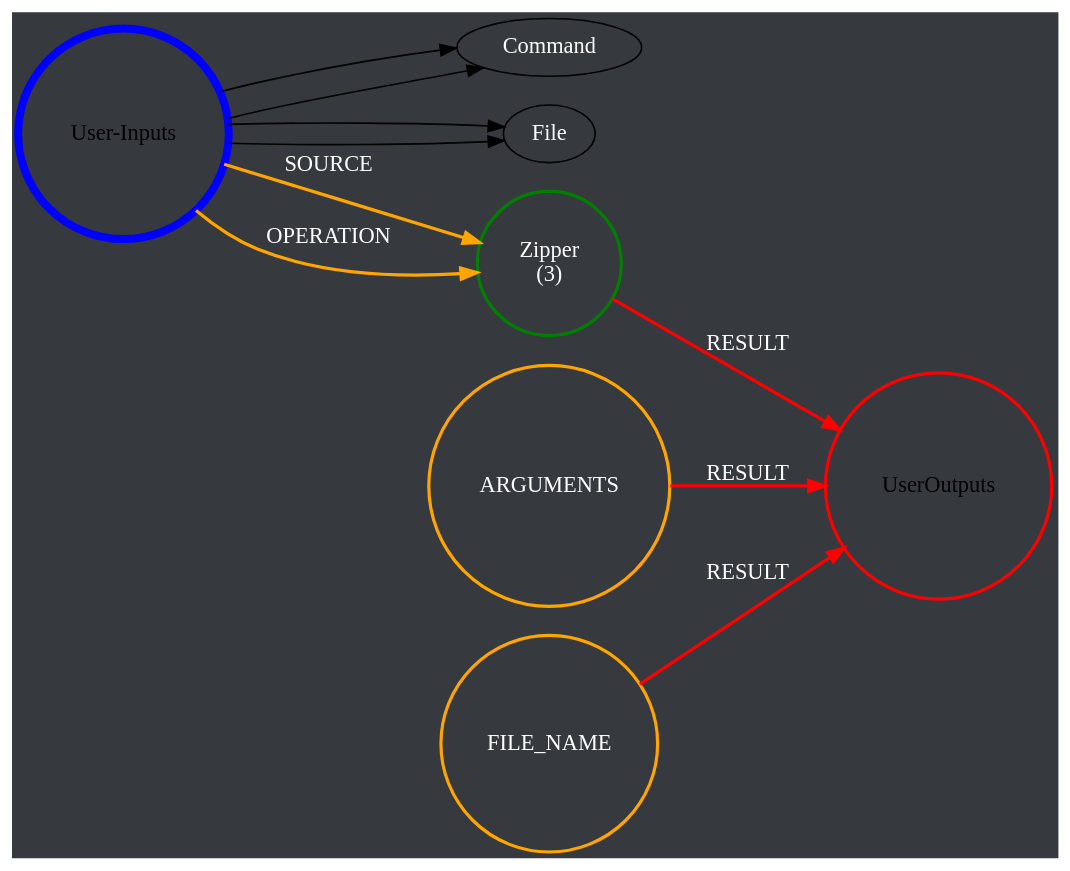
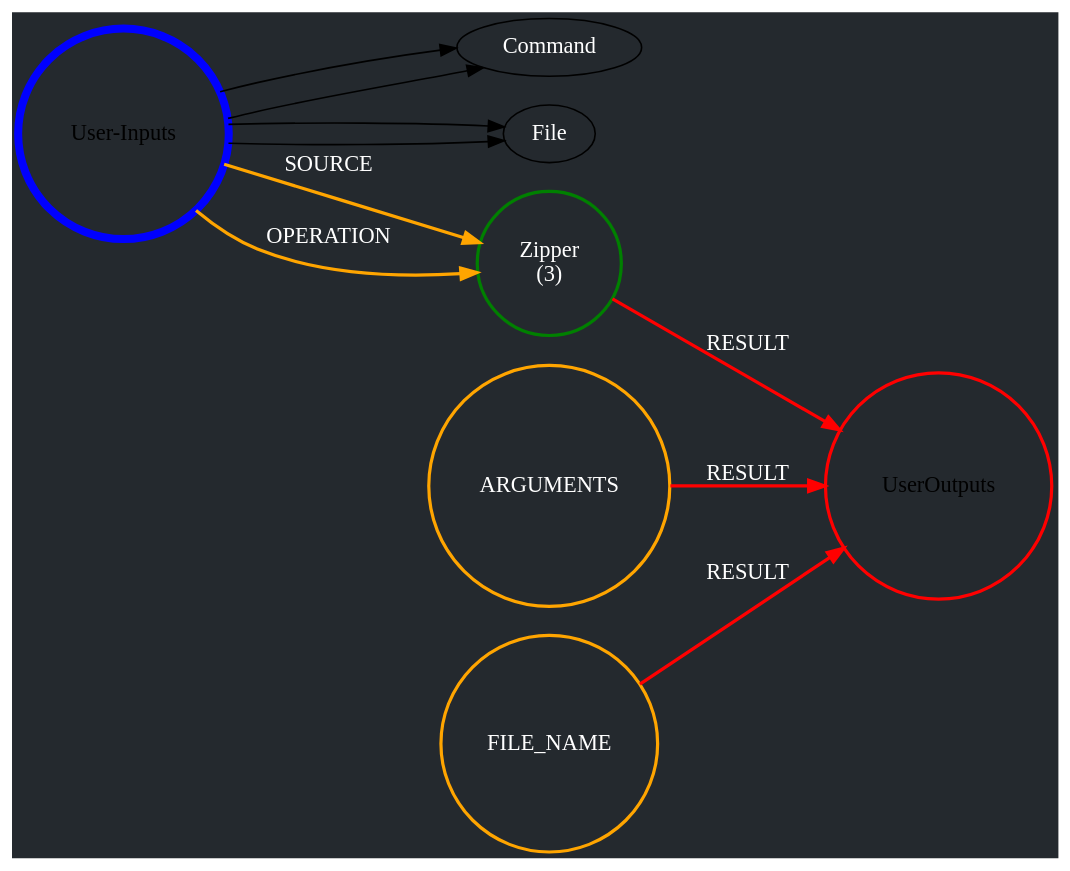
The diagram in appContent/flow.dot (Asaf-prog/stepper), drawn with Graphviz before and after one commit. The commit also changed 72 other files, not shown here.

```diff
--- a/appContent/flow.dot
+++ b/appContent/flow.dot
@@ -1,22 +1,22 @@
 digraph FlowDiagram {
   rankdir=LR;
   size="400,400";
-   bgcolor="#36393e";
+   bgcolor="#24292e";
   user_inputs [label="User-Inputs", shape=circle, color=blue, penwidth=5 ];
   user_outputs [label="User-Outputs", shape=circle, color=red, penwidth=5 ];
   node [fontcolor=white];
   edge [fontcolor=white];
   Command Line [label="Command Line\n(1)", shape=circle, color=green, penwidth=2 ];
   File Dumper [label="File Dumper\n(2)", shape=circle, color=green, penwidth=2 ];
   Zipper [label="Zipper\n(3)", shape=circle, color=green, penwidth=2 ];
   user_inputs -> Command Line [label="COMMAND", color=orange, penwidth=2 ];
   user_inputs -> Command Line [label="ARGUMENTS", color=orange, penwidth=2 ];
   Command Line -> user_outputs [label="RESULT", color=red, penwidth=2 ];
   user_inputs -> File Dumper [label="CONTENT", color=orange, penwidth=2 ];
   user_inputs -> File Dumper [label="FILE_NAME", color=orange, penwidth=2 ];
   File Dumper -> user_outputs [label="RESULT", color=red, penwidth=2 ];
   user_inputs -> Zipper [label="SOURCE", color=orange, penwidth=2 ];
   user_inputs -> Zipper [label="OPERATION", color=orange, penwidth=2 ];
   Zipper -> user_outputs [label="RESULT", color=red, penwidth=2 ];
   user_outputs [label="UserOutputs", shape=circle, color=red , penwidth=2 ];
 }
```
